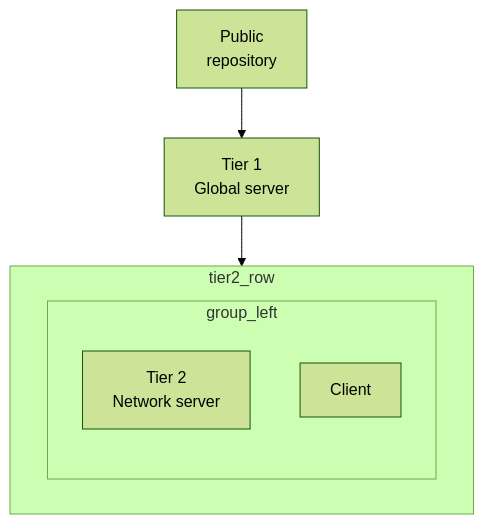
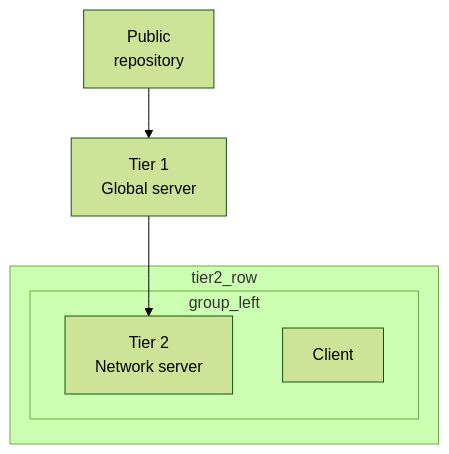
The first of 2 diagrams in specs/022-diagram-authoring-ast/contracts/migration-example.md (canonical/diagram-generator), drawn with Mermaid (forest theme) before and after one commit. The commit also changed other lines of this file and 25 other files, not shown here.

````diff
--- a/specs/022-diagram-authoring-ast/contracts/migration-example.md
+++ b/specs/022-diagram-authoring-ast/contracts/migration-example.md
@@ -118,17 +120,15 @@
 ```mermaid
 flowchart TB
   public_repo["Public<br/>repository"]
   global_server["Tier 1<br/>Global server"]
 
   subgraph tier2_row
-    direction LR
     subgraph group_left
-      direction TB
       tier2_left["Tier 2<br/>Network server"]
       client_l1["Client"]
     end
   end
 
   public_repo --> global_server
   global_server --> tier2_left
 ```
````
